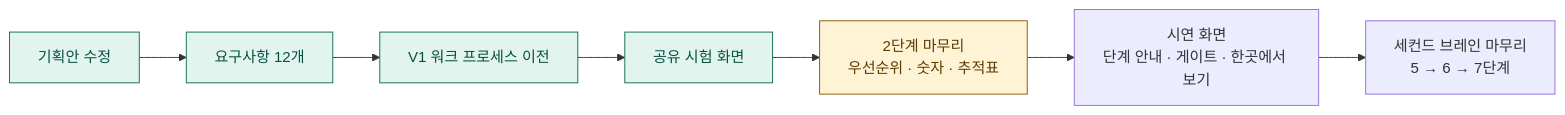
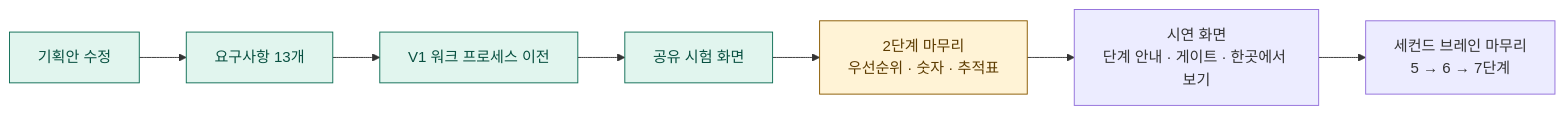
The eighth of 8 diagrams in README.md (2026-Codyssey-Final-Proj/Final-Proj), drawn with Mermaid before and after one commit. The commit also changed other lines of this file and 2 other files, not shown here.

Commit message:
docs: 요구 개수 12개 → 13개와 초안 시점 기록 표기 (#5 리뷰 보완 2건)
두승현 리뷰(이슈 #5, 2026-10-15)의 보완 2건: README·schedule의 요구 개수를 13개로,
requirements 8-3·13절 5번의 초안 시점 문장에 시점을 표기했다.

````diff
--- a/README.md
+++ b/README.md
@@ -222,14 +222,14 @@
 ```mermaid
 flowchart LR
-    A["기획안 수정"] --> B["요구사항 12개"]
+    A["기획안 수정"] --> B["요구사항 13개"]
     B --> C["V1 워크 프로세스 이전"]
     C --> D["공유 시험 화면"]
     D --> E["2단계 마무리<br/>우선순위 · 숫자 · 추적표"]
     E --> F["시연 화면<br/>단계 안내 · 게이트 · 한곳에서 보기"]
     F --> G["세컨드 브레인 마무리<br/>5 → 6 → 7단계"]
 
     classDef done fill:#E1F5EE,stroke:#0F6E56,color:#085041
     classDef now fill:#FFF3D6,stroke:#8A5A00,color:#5C3B00
     class A,B,C,D done
     class E now
 ```
````
